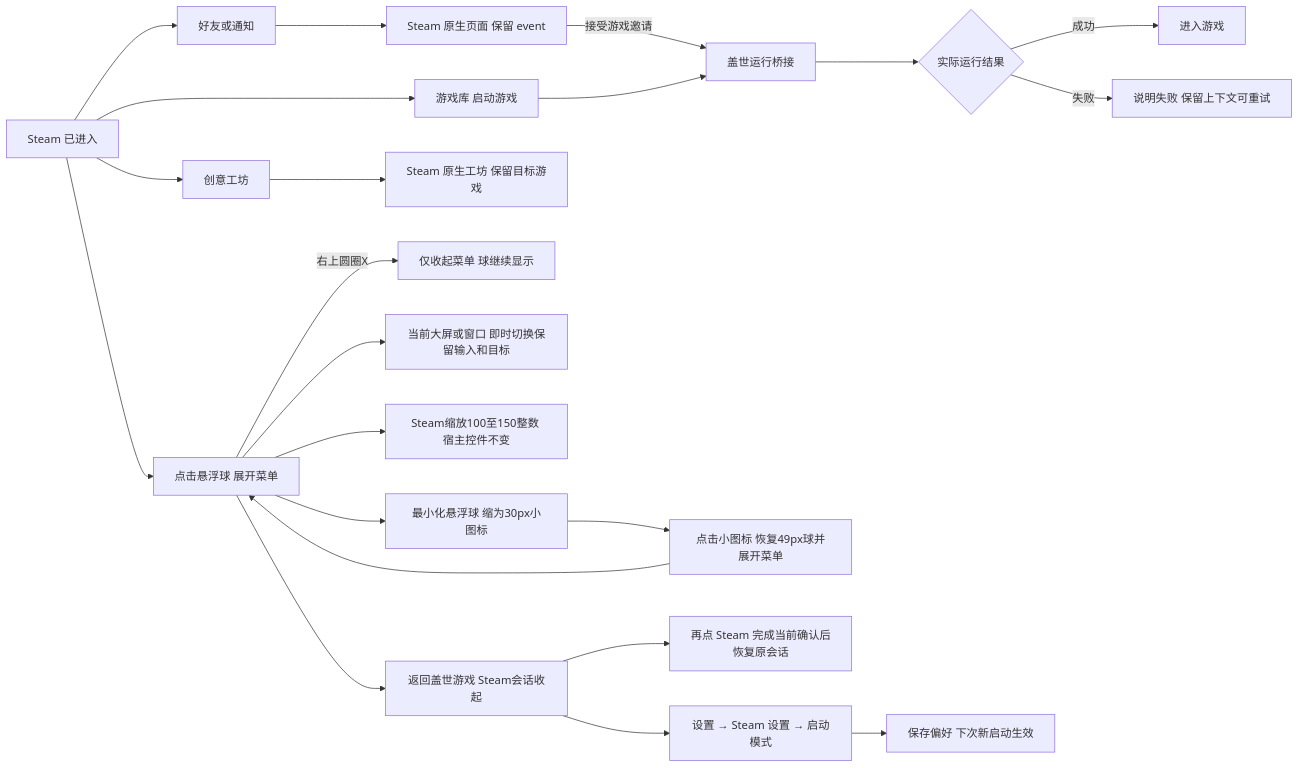
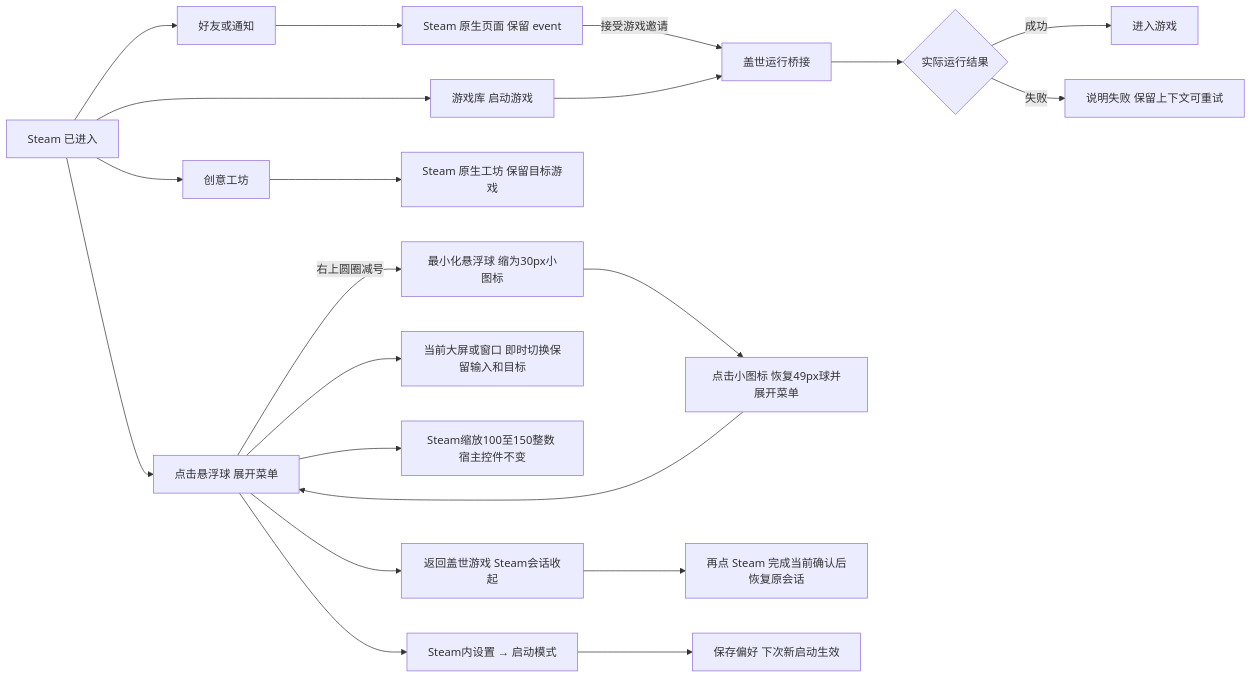
Before and after one commit to z36358631-ship-it/-: the second of 2 diagrams in outputs/steam-integration-20261028/方案与功能清单.md, drawn with Mermaid. The commit also changed other lines of this file and 95 other files, not shown here.

````diff
--- a/outputs/steam-integration-20261028/方案与功能清单.md
+++ b/outputs/steam-integration-20261028/方案与功能清单.md
@@ -131,24 +131,23 @@
 ```mermaid
 flowchart LR
   A[Steam 已进入] --> B[好友或通知]
   A --> C[创意工坊]
   A --> D[游戏库 启动游戏]
   B --> E[Steam 原生页面 保留 event]
   C --> F[Steam 原生工坊 保留目标游戏]
   E -- 接受游戏邀请 --> G[盖世运行桥接]
   D --> G
   G --> H{实际运行结果}
   H -- 成功 --> I[进入游戏]
   H -- 失败 --> J[说明失败 保留上下文可重试]
   A --> B0[点击悬浮球 展开菜单]
-  B0 -- 右上圆圈X --> BX[仅收起菜单 球继续显示]
+  B0 -- 右上圆圈减号 --> B1[最小化悬浮球 缩为30px小图标]
   B0 --> VM[当前大屏或窗口 即时切换保留输入和目标]
   B0 --> VS[Steam缩放100至150整数 宿主控件不变]
-  B0 --> B1[最小化悬浮球 缩为30px小图标]
   B1 --> B2[点击小图标 恢复49px球并展开菜单]
   B2 --> B0
   B0 --> K[返回盖世游戏 Steam会话收起]
   K --> L[再点 Steam 完成当前确认后恢复原会话]
-  K --> M[设置 → Steam 设置 → 启动模式]
+  B0 --> M[Steam内设置 → 启动模式]
   M --> N[保存偏好 下次新启动生效]
 ```
````
